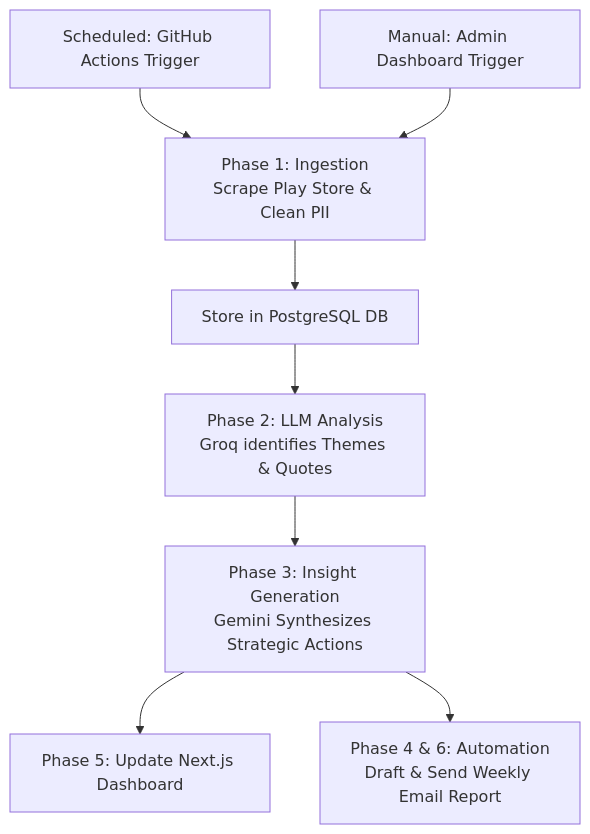
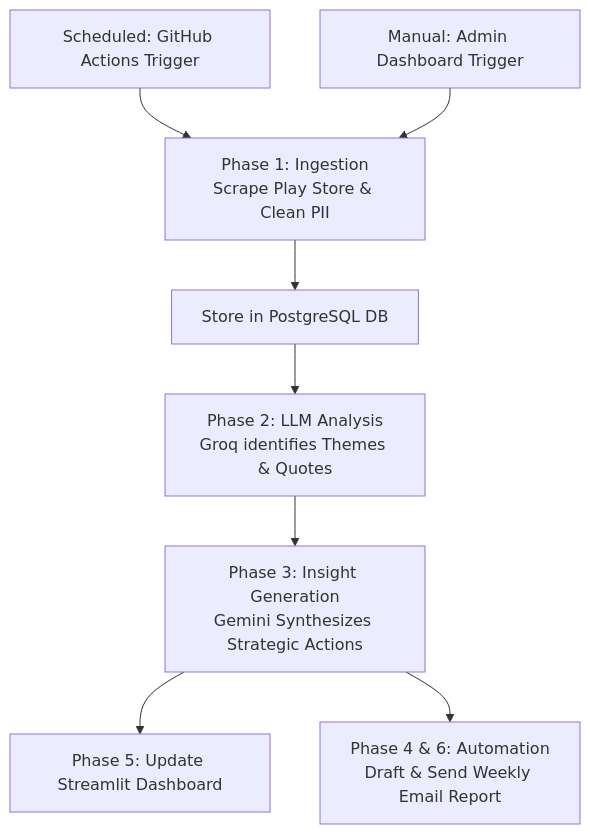
Before and after one commit to codeflex123/Indmoney-review: the diagram in README.md, drawn with Mermaid. The commit also changed other lines of this file and 35 other files, not shown here.

````diff
--- a/README.md
+++ b/README.md
@@ -20,10 +20,10 @@
 ```mermaid
 graph TD
     A1[Scheduled: GitHub Actions Trigger] --> B
     A2[Manual: Admin Dashboard Trigger] --> B
     B[Phase 1: Ingestion<br>Scrape Play Store & Clean PII] --> C[Store in PostgreSQL DB]
     C --> D[Phase 2: LLM Analysis<br>Groq identifies Themes & Quotes]
     D --> E[Phase 3: Insight Generation<br>Gemini Synthesizes Strategic Actions]
-    E --> F[Phase 5: Update Next.js Dashboard]
+    E --> F[Phase 5: Update Streamlit Dashboard]
     E --> G[Phase 4 & 6: Automation<br>Draft & Send Weekly Email Report]
 ```
````
